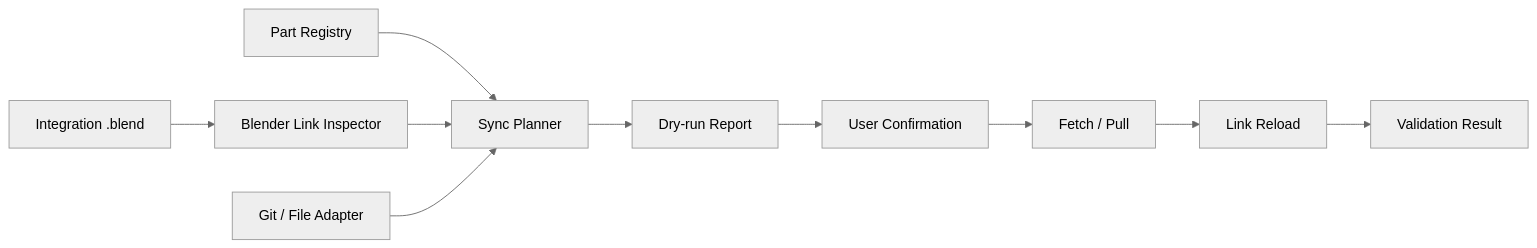
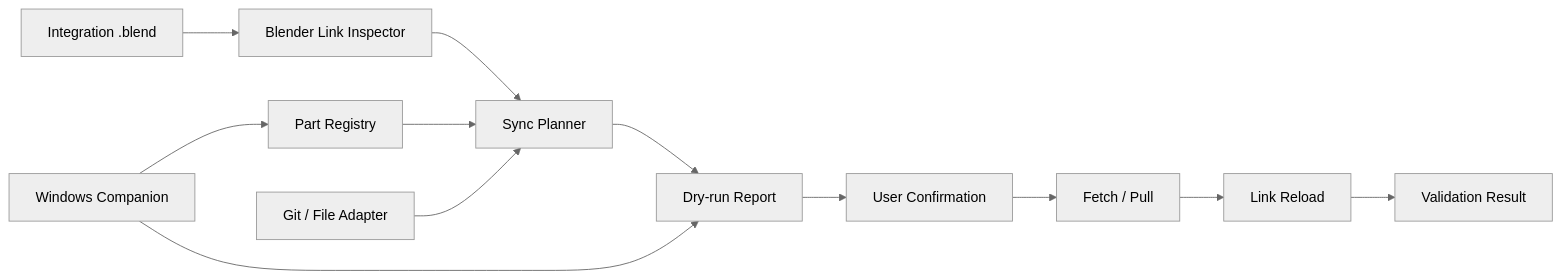
The diagram in docs/architecture.md (Sunmax0731/blender-linked-part-version-manager), drawn with Mermaid (neutral theme) before and after one commit. The commit also changed other lines of this file and 45 other files, not shown here.

````diff
--- a/docs/architecture.md
+++ b/docs/architecture.md
@@ -31,12 +33,14 @@
 ```mermaid
 flowchart LR
   A["Part Registry"] --> B["Sync Planner"]
   C["Integration .blend"] --> D["Blender Link Inspector"]
   D --> B
   E["Git / File Adapter"] --> B
   B --> F["Dry-run Report"]
   F --> G["User Confirmation"]
   G --> H["Fetch / Pull"]
   H --> I["Link Reload"]
   I --> J["Validation Result"]
+  K["Windows Companion"] --> A
+  K --> F
 ```
````
